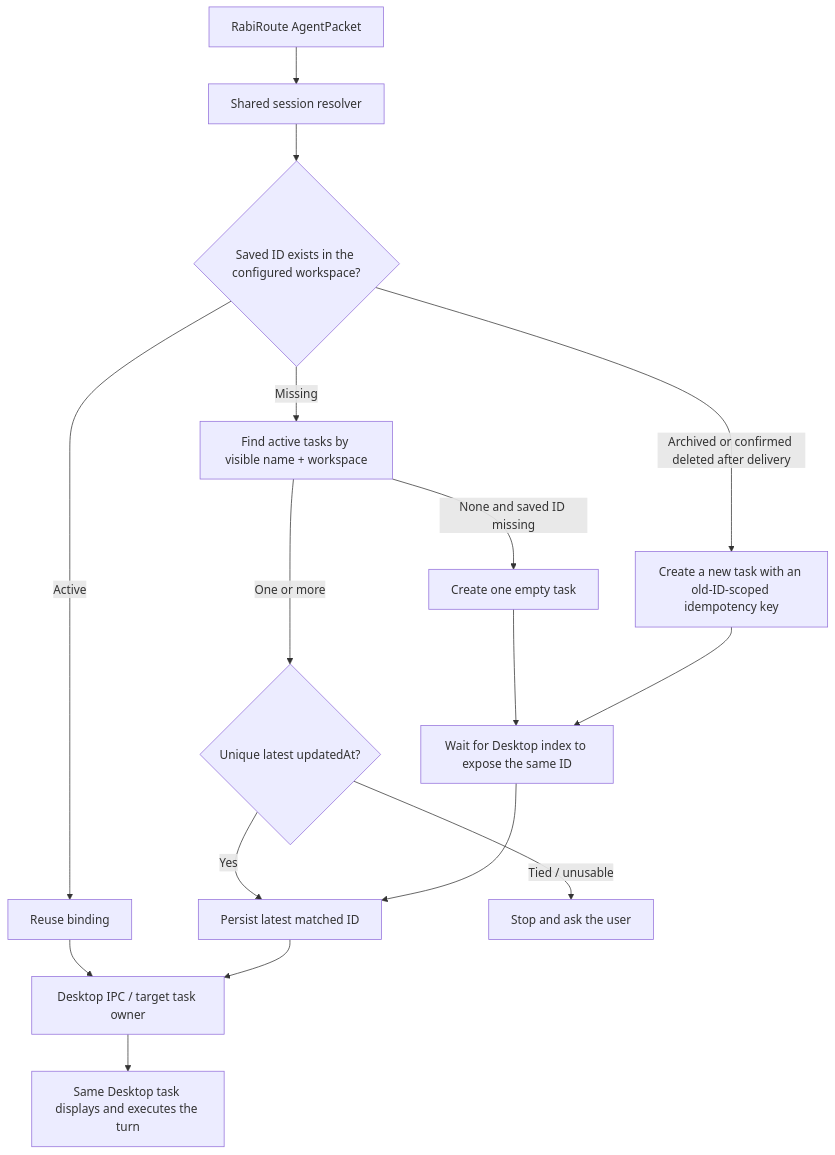
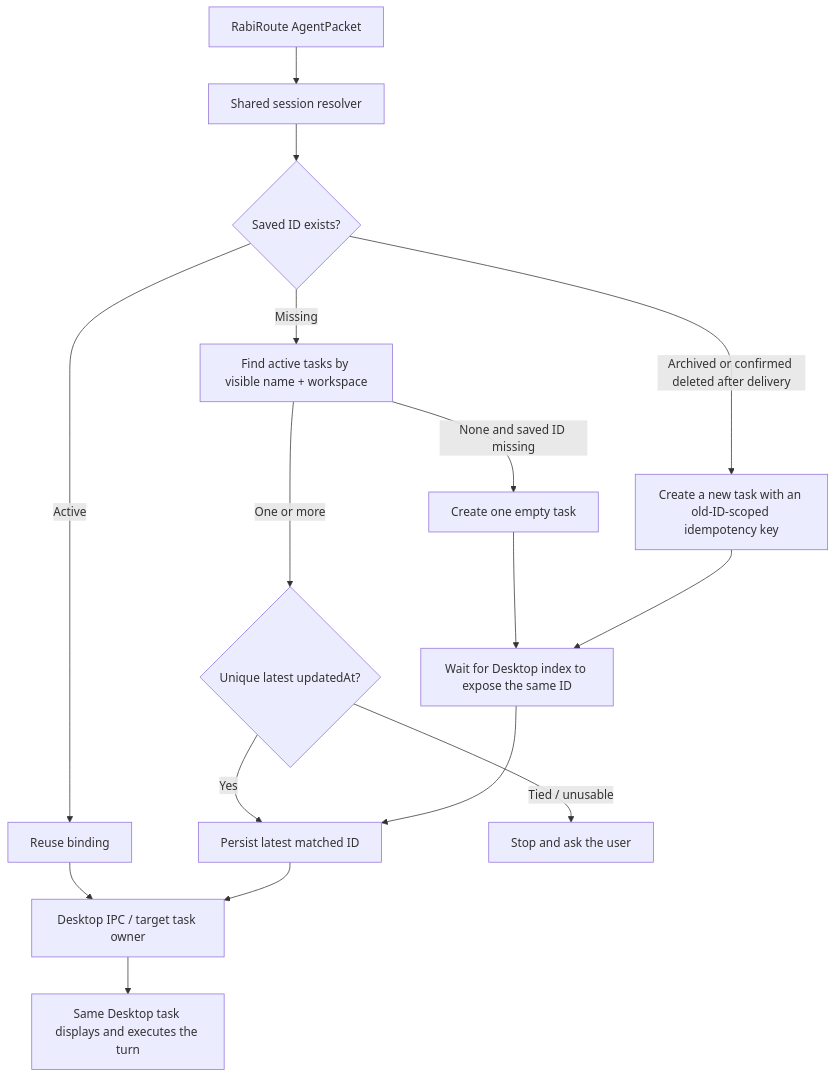
The diagram in docs/codex-desktop-agent-acceptance_en.md (vb2250158/RabiRoute), drawn with Mermaid before and after one commit. The commit also changed other lines of this file and 140 other files, not shown here.

````diff
--- a/docs/codex-desktop-agent-acceptance_en.md
+++ b/docs/codex-desktop-agent-acceptance_en.md
@@ -42,18 +42,18 @@
 ```mermaid
 flowchart TD
     P["RabiRoute AgentPacket"] --> R["Shared session resolver"]
-    R --> I{"Saved ID exists in the configured workspace?"}
+    R --> I{"Saved ID exists?"}
     I -->|"Active"| B["Reuse binding"]
     I -->|"Archived or confirmed deleted after delivery"| C2["Create a new task with an old-ID-scoped idempotency key"]
     I -->|"Missing"| N["Find active tasks by visible name + workspace"]
     N -->|"One or more"| L{"Unique latest updatedAt?"}
     L -->|"Yes"| S["Persist latest matched ID"]
     L -->|"Tied / unusable"| A["Stop and ask the user"]
     N -->|"None and saved ID missing"| C["Create one empty task"]
     C --> W["Wait for Desktop index to expose the same ID"]
     C2 --> W
     W --> S
     B --> D["Desktop IPC / target task owner"]
     S --> D
     D --> V["Same Desktop task displays and executes the turn"]
 ```
````
